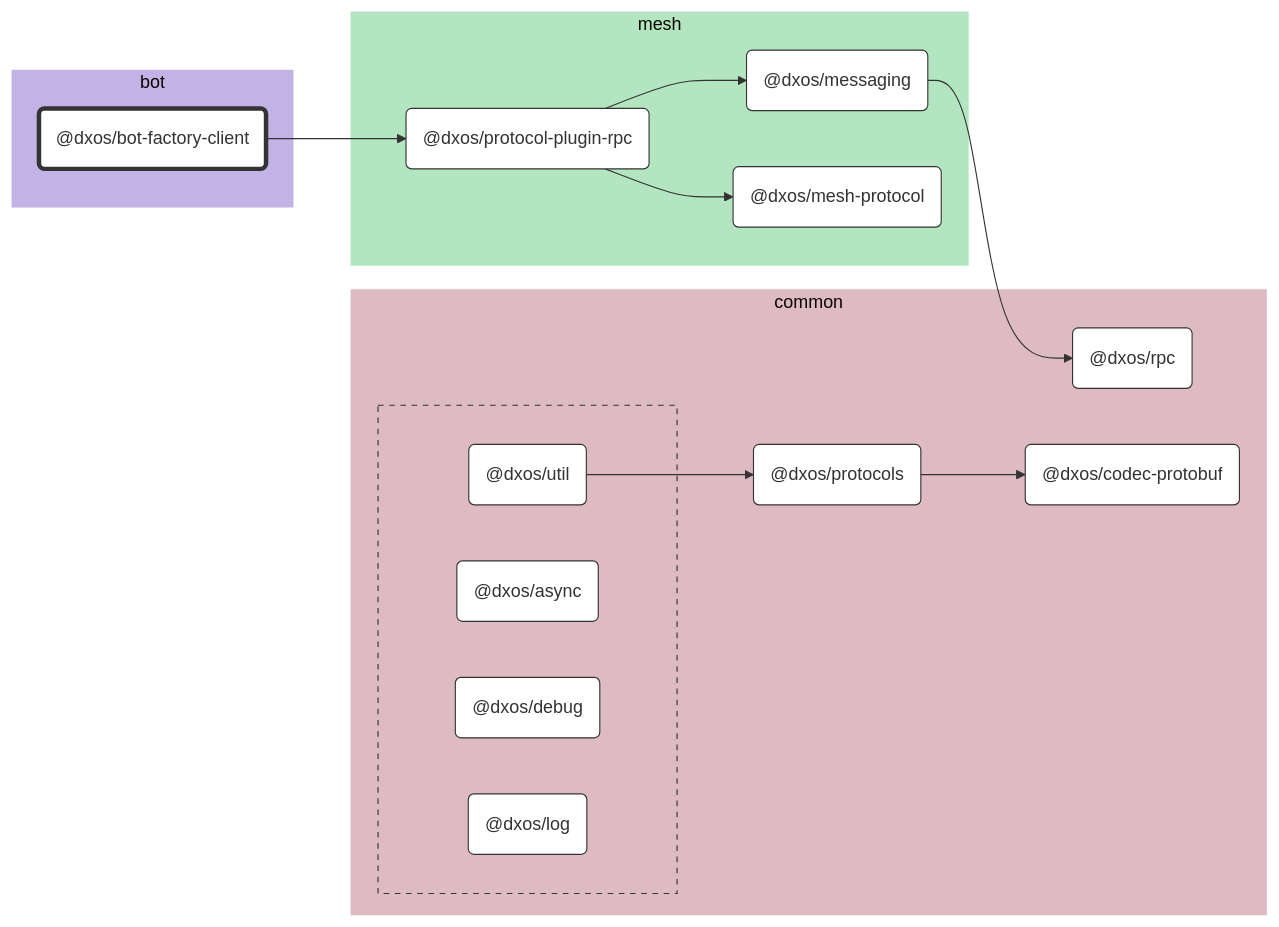
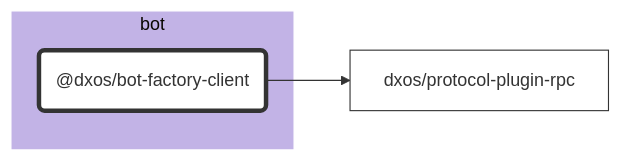
Before and after one commit to dxos/dxos: the diagram in packages/bot/bot-factory-client/docs/README.md, drawn with Mermaid (base theme). The commit also changed 84 other files, not shown here.

````diff
--- a/packages/bot/bot-factory-client/docs/README.md
+++ b/packages/bot/bot-factory-client/docs/README.md
@@ -7,76 +7,21 @@
 ```mermaid
 %%{ init: {'flowchart':{'curve':'basis'}} }%%
 
 flowchart LR
 
-%% Links
-dxos/bot-factory-client --> dxos/protocol-plugin-rpc;
-dxos/messaging --> dxos/rpc;
-dxos/protocol-plugin-rpc --> dxos/mesh-protocol;
-dxos/protocol-plugin-rpc --> dxos/messaging;
-dxos/protocols --> dxos/codec-protobuf;
-dxos/util --> dxos/protocols;
+%% Classes
+classDef default fill:#fff,stroke:#333,stroke-width:1px
+classDef root fill:#fff,stroke:#333,stroke-width:4px
 
-%% Sections
-subgraph bot
-  style bot fill:#c2b3e6,stroke:#fff;
+%% Nodes
 
-  dxos/bot-factory-client("@dxos/bot-factory-client")
+subgraph bot [bot]
+  style bot fill:#c2b3e6,stroke:#fff
+  dxos/bot-factory-client("@dxos/bot-factory-client"):::root
+  click dxos/bot-factory-client "dxos/dxos/tree/main/packages/bot/bot-factory-client/docs"
 end
 
-subgraph common
-  style common fill:#debac2,stroke:#fff;
-
-  dxos/codec-protobuf("@dxos/codec-protobuf")
-  dxos/protocols("@dxos/protocols")
-  dxos/rpc("@dxos/rpc")
-
-  subgraph common-excluded [ ]
-    style common-excluded fill:#debac2,stroke:#333,stroke-dasharray:5 5;
-
-    dxos/async("@dxos/async")
-    dxos/debug("@dxos/debug")
-    dxos/log("@dxos/log")
-    dxos/util("@dxos/util")
-  end
-end
-
-subgraph mesh
-  style mesh fill:#b3e6c0,stroke:#fff;
-
-  dxos/mesh-protocol("@dxos/mesh-protocol")
-  dxos/messaging("@dxos/messaging")
-  dxos/protocol-plugin-rpc("@dxos/protocol-plugin-rpc")
-end
-
-
-%% Hyperlinks
-click dxos/async "dxos/dxos/tree/main/packages/common/async/docs";
-click dxos/codec-protobuf "dxos/dxos/tree/main/packages/common/codec-protobuf/docs";
-click dxos/debug "dxos/dxos/tree/main/packages/common/debug/docs";
-click dxos/log "dxos/dxos/tree/main/packages/common/log/docs";
-click dxos/mesh-protocol "dxos/dxos/tree/main/packages/mesh/mesh-protocol/docs";
-click dxos/messaging "dxos/dxos/tree/main/packages/mesh/messaging/docs";
-click dxos/protocol-plugin-rpc "dxos/dxos/tree/main/packages/mesh/protocol-plugin-rpc/docs";
-click dxos/protocols "dxos/dxos/tree/main/packages/common/protocols/docs";
-click dxos/rpc "dxos/dxos/tree/main/packages/common/rpc/docs";
-click dxos/util "dxos/dxos/tree/main/packages/common/util/docs";
-
-%% Styles
-classDef rootNode fill:#fff,stroke:#333,stroke-width:4px
-classDef defaultNode fill:#fff,stroke:#333,stroke-width:1px
+%% Links
 linkStyle default stroke:#333,stroke-width:1px
-
-dxos/bot-factory-client:::rootNode
-
-dxos/async:::defaultNode
-dxos/codec-protobuf:::defaultNode
-dxos/debug:::defaultNode
-dxos/log:::defaultNode
-dxos/mesh-protocol:::defaultNode
-dxos/messaging:::defaultNode
-dxos/protocol-plugin-rpc:::defaultNode
-dxos/protocols:::defaultNode
-dxos/rpc:::defaultNode
-dxos/util:::defaultNode
+dxos/bot-factory-client --> dxos/protocol-plugin-rpc
 ```
````
